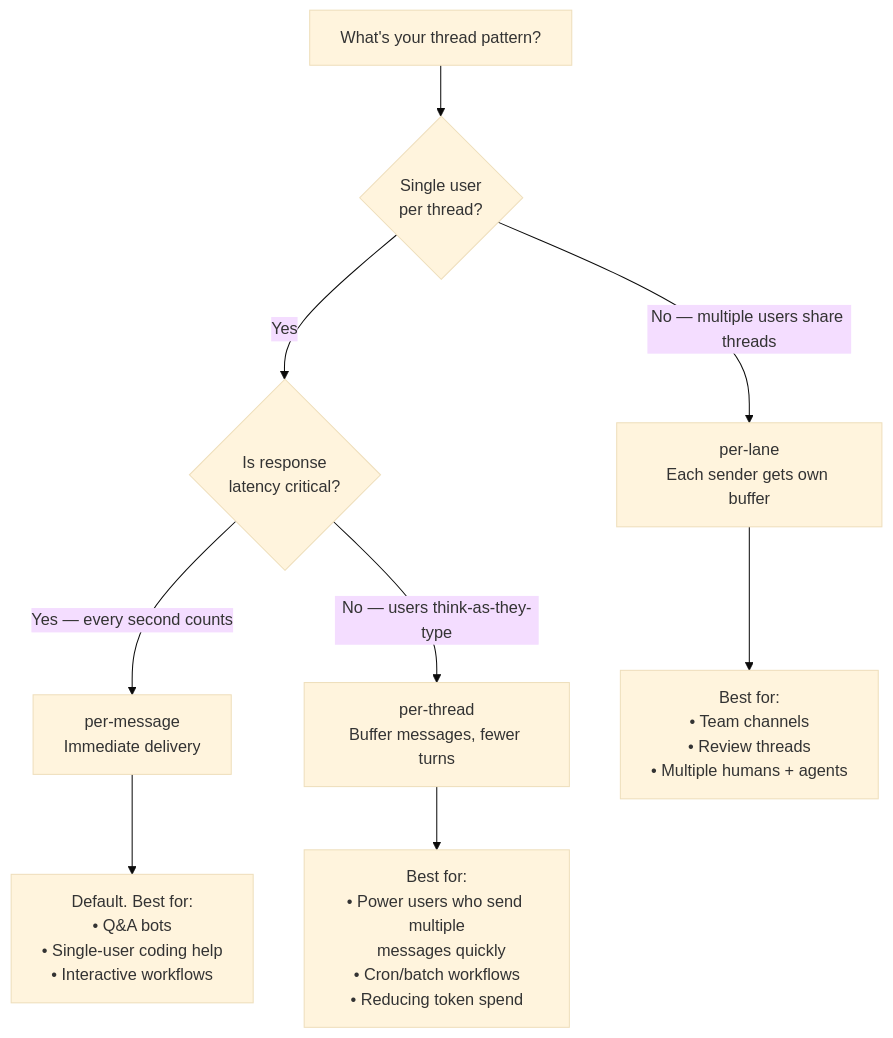
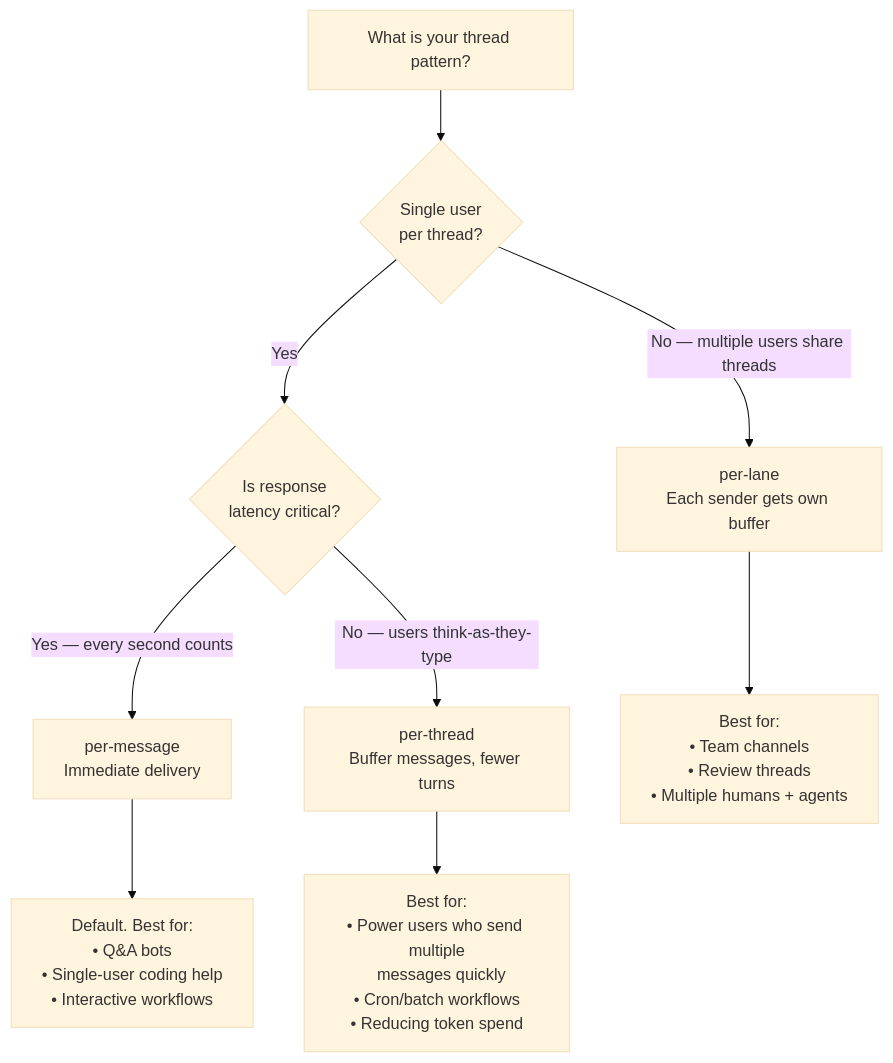
The diagram in 04-decision-trees/dispatch-mode-picker.md (shaun-agent/openab-map), drawn with Mermaid (base theme) before and after one commit. The commit also changed 6 other files, not shown here.

First line of the commit message:
fix(diagrams): fix mermaid rendering issues across all files

````diff
--- a/04-decision-trees/dispatch-mode-picker.md
+++ b/04-decision-trees/dispatch-mode-picker.md
@@ -3,16 +3,16 @@
 ```mermaid
 flowchart TD
-    START[What's your thread pattern?]
+    START[What is your thread pattern?]
 
     START --> SINGLE{Single user\nper thread?}
 
     SINGLE -->|Yes| SPEED{Is response\nlatency critical?}
     SPEED -->|Yes — every second counts| PM["per-message\nImmediate delivery"]
     SPEED -->|No — users think-as-they-type| PT["per-thread\nBuffer messages, fewer turns"]
 
     SINGLE -->|No — multiple users share threads| PL["per-lane\nEach sender gets own buffer"]
 
     PM --> PM_NOTE["Default. Best for:\n• Q&A bots\n• Single-user coding help\n• Interactive workflows"]
     PT --> PT_NOTE["Best for:\n• Power users who send multiple\n  messages quickly\n• Cron/batch workflows\n• Reducing token spend"]
     PL --> PL_NOTE["Best for:\n• Team channels\n• Review threads\n• Multiple humans + agents"]
 ```
````
